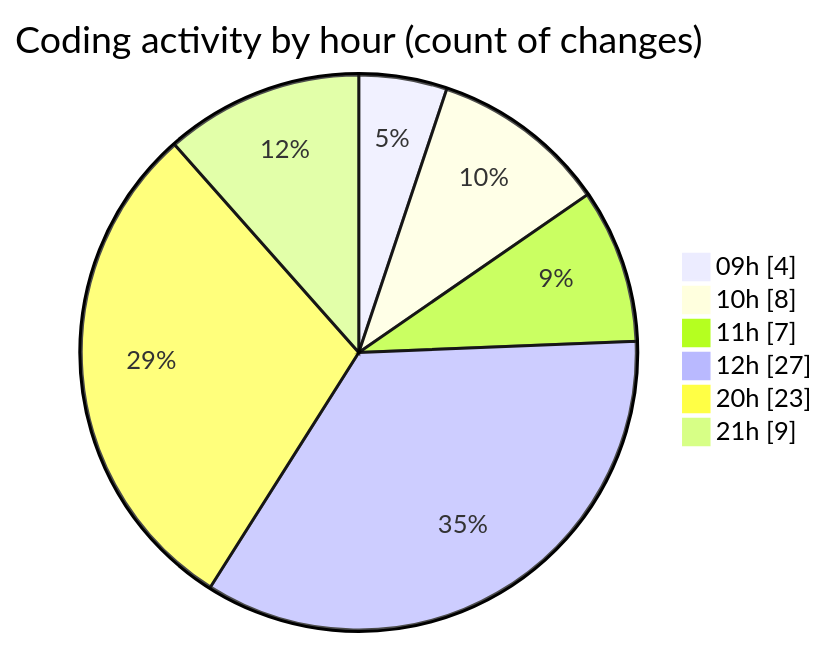
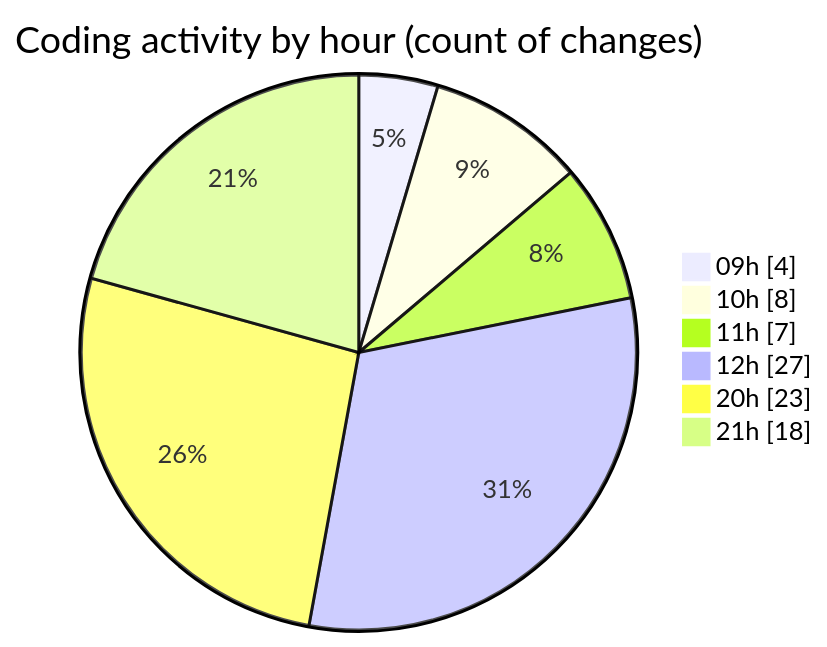
Before and after one commit to momahboobian/code-tracking: the second of 2 diagrams in 2026-08-03/cda/README.md, drawn with Mermaid. The commit also changed other lines of this file and 1 other file, not shown here.

````diff
--- a/2026-08-03/cda/README.md
+++ b/2026-08-03/cda/README.md
@@ -51,10 +51,10 @@
 ```mermaid
 pie showData
 title Coding activity by hour (count of changes)
 "09h" : 4
 "10h" : 8
 "11h" : 7
 "12h" : 27
 "20h" : 23
-"21h" : 9
+"21h" : 18
 ```
````
